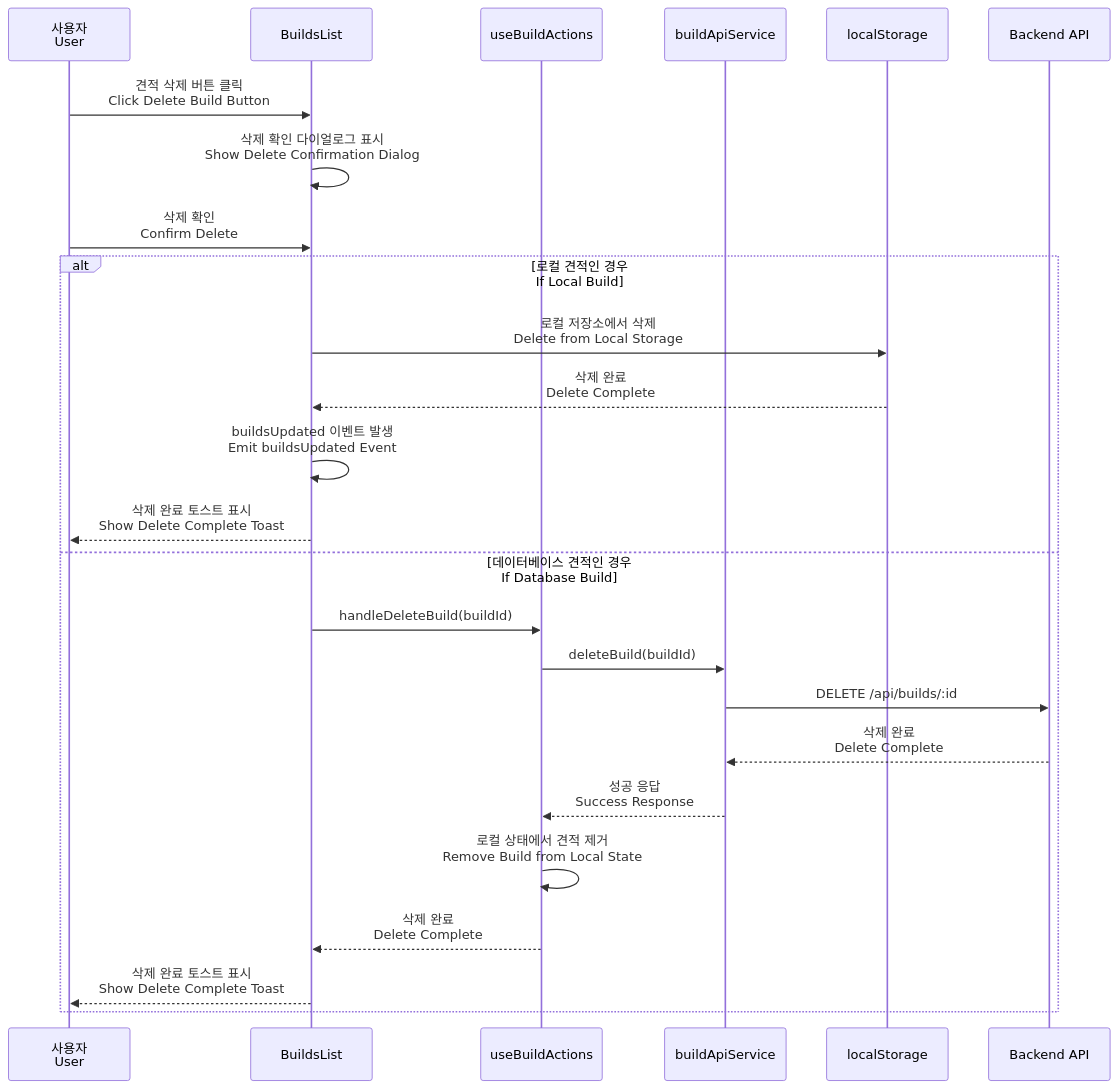
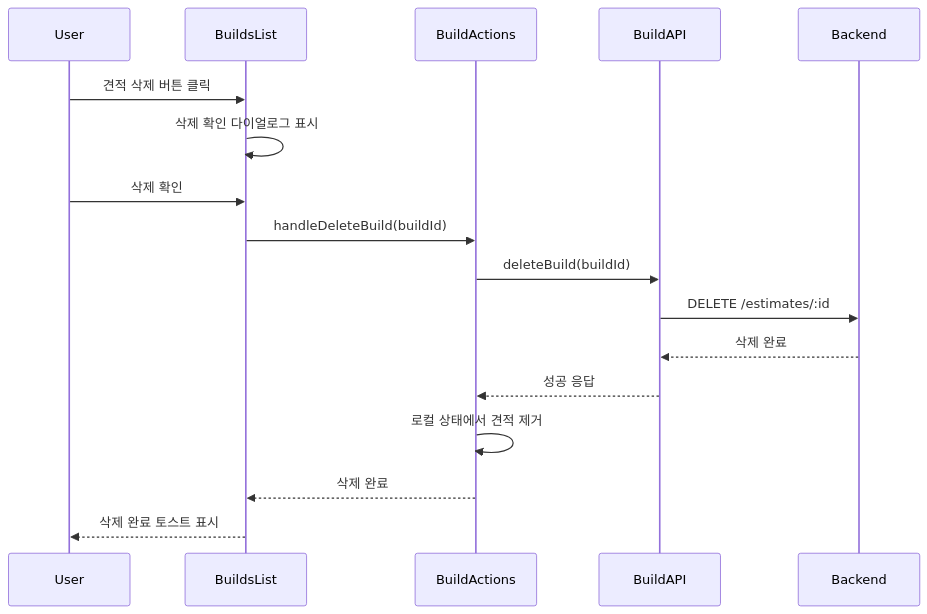
Diagram 12 of 20 in docs/design-specification.md (p0pular131/askspec-chat-assistant), drawn with Mermaid before and after one commit. The commit also changed other lines of this file, not shown here.

````diff
--- a/docs/design-specification.md
+++ b/docs/design-specification.md
@@ -621,29 +602,15 @@
 ```mermaid
 sequenceDiagram
-    participant User as 사용자<br/>User
-    participant BuildsList as BuildsList
-    participant BuildActions as useBuildActions
-    participant BuildAPI as buildApiService
-    participant LocalStorage as localStorage
-    participant Backend as Backend API
-
-    User->>BuildsList: 견적 삭제 버튼 클릭<br/>Click Delete Build Button
-    BuildsList->>BuildsList: 삭제 확인 다이얼로그 표시<br/>Show Delete Confirmation Dialog
-    User->>BuildsList: 삭제 확인<br/>Confirm Delete
+    User->>BuildsList: 견적 삭제 버튼 클릭
+    BuildsList->>BuildsList: 삭제 확인 다이얼로그 표시
+    User->>BuildsList: 삭제 확인
     
-    alt 로컬 견적인 경우<br/>If Local Build
-        BuildsList->>LocalStorage: 로컬 저장소에서 삭제<br/>Delete from Local Storage
-        LocalStorage-->>BuildsList: 삭제 완료<br/>Delete Complete
-        BuildsList->>BuildsList: buildsUpdated 이벤트 발생<br/>Emit buildsUpdated Event
-        BuildsList-->>User: 삭제 완료 토스트 표시<br/>Show Delete Complete Toast
-    else 데이터베이스 견적인 경우<br/>If Database Build
-        BuildsList->>BuildActions: handleDeleteBuild(buildId)
-        BuildActions->>BuildAPI: deleteBuild(buildId)
-        BuildAPI->>Backend: DELETE /api/builds/:id
-        Backend-->>BuildAPI: 삭제 완료<br/>Delete Complete
-        BuildAPI-->>BuildActions: 성공 응답<br/>Success Response
-        BuildActions->>BuildActions: 로컬 상태에서 견적 제거<br/>Remove Build from Local State
-        BuildActions-->>BuildsList: 삭제 완료<br/>Delete Complete
-        BuildsList-->>User: 삭제 완료 토스트 표시<br/>Show Delete Complete Toast
-    end
+    BuildsList->>BuildActions: handleDeleteBuild(buildId)
+    BuildActions->>BuildAPI: deleteBuild(buildId)
+    BuildAPI->>Backend: DELETE /estimates/:id
+    Backend-->>BuildAPI: 삭제 완료
+    BuildAPI-->>BuildActions: 성공 응답
+    BuildActions->>BuildActions: 로컬 상태에서 견적 제거
+    BuildActions-->>BuildsList: 삭제 완료
+    BuildsList-->>User: 삭제 완료 토스트 표시
 ```
````
